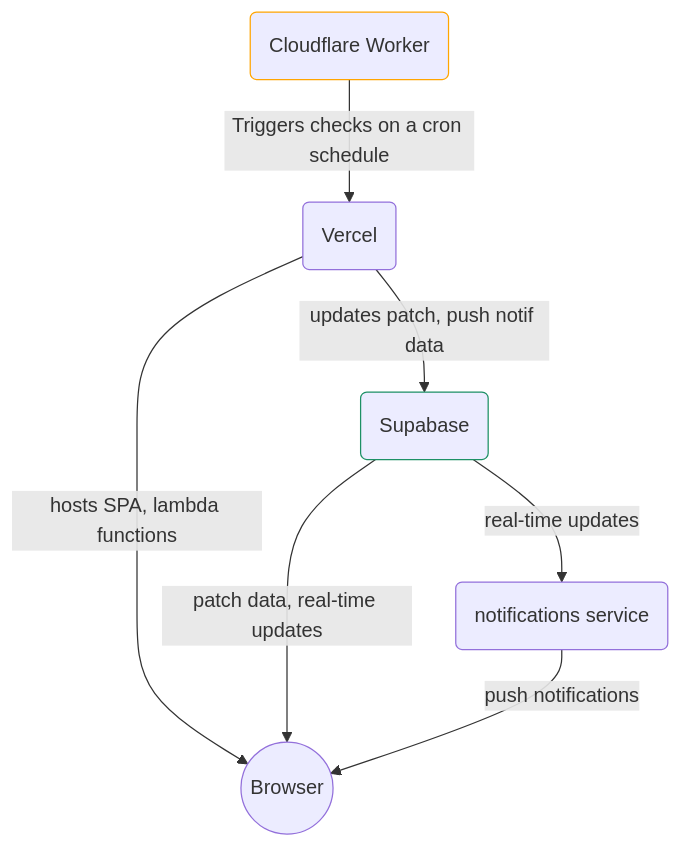
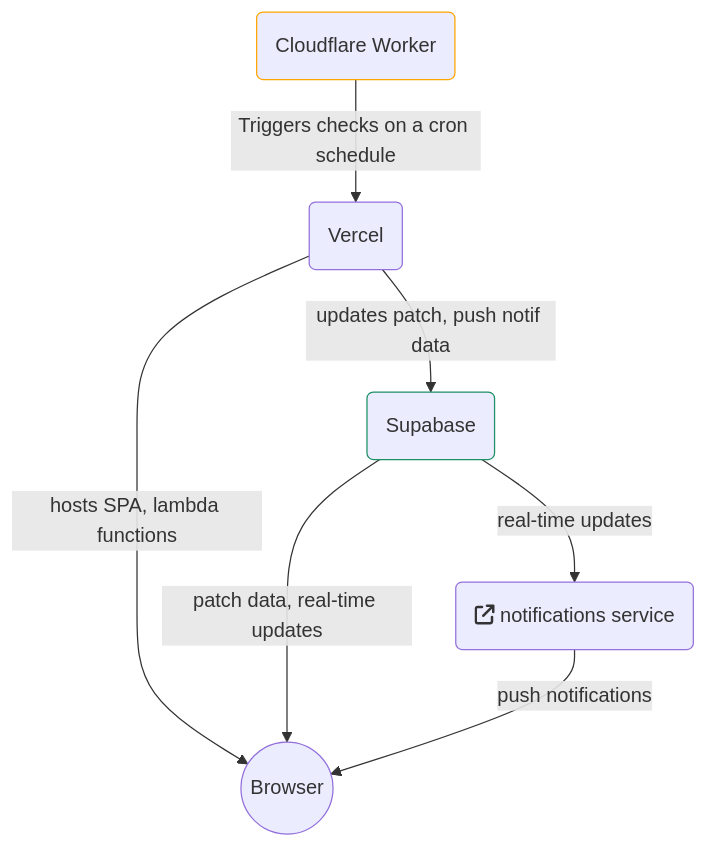
Before and after one commit to beeequeue/isthepatchout: the diagram in README.md, drawn with Mermaid.

````diff
--- a/README.md
+++ b/README.md
@@ -7,13 +7,13 @@
 ```mermaid
 graph TD
 worker(Cloudflare Worker) -- Triggers checks on a cron schedule --> vercel(Vercel)
 supa(Supabase) -- patch data, real-time updates --> client((Browser))
 vercel -- hosts SPA, lambda functions --> client
 vercel -- updates patch, push notif data --> supa
-supa-- real-time updates -->notif(notifications service)-- push notifications -->client
+supa-- real-time updates -->notif(fa:fa-arrow-up-right-from-square notifications service)-- push notifications -->client
 
 click notif href "https://github.com/isthepatchout/notifications" "Repo"
 
 style supa stroke:#1d9065
 style worker stroke:orange
 ```
````
